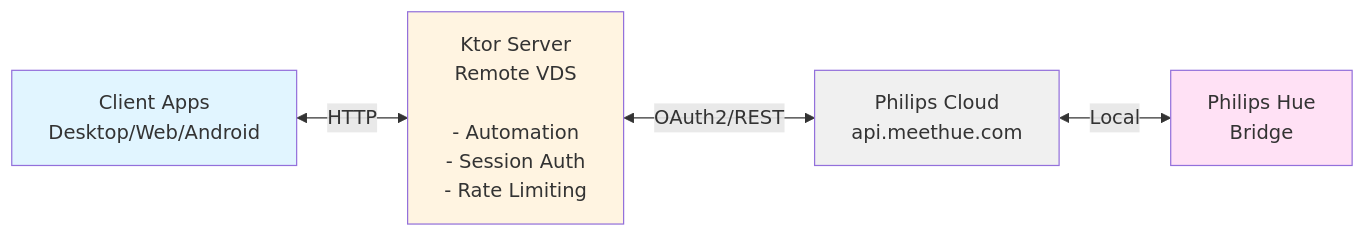
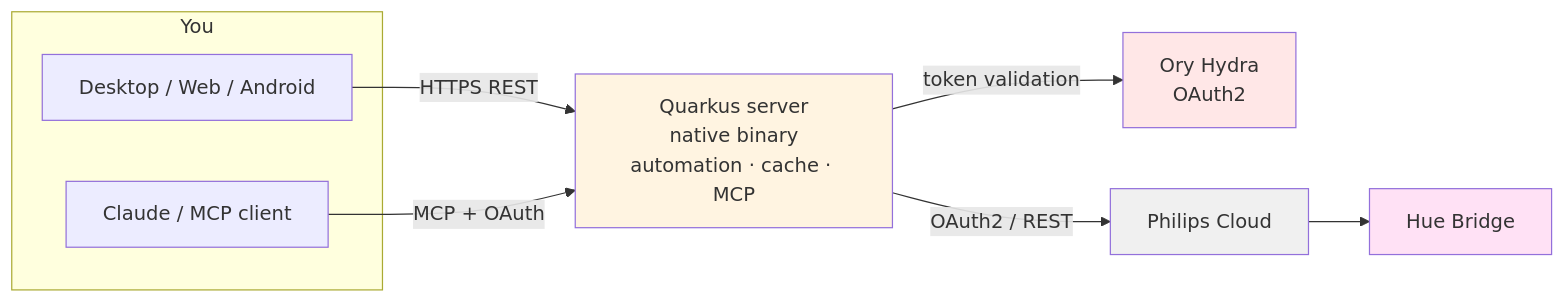
One commit to CommanderTvis/hue-manager changed the diagram in README.md. Above: the diagram before and after it, drawn with Mermaid. The commit also changed other lines of this file and 48 other files, not shown here.

First line of the commit message:
Migrate server to Quarkus + GraalVM native; JWT session auth

````diff
--- a/README.md
+++ b/README.md
@@ -15,16 +26,23 @@
 ```mermaid
 graph LR
-    Client[Client Apps<br/>Desktop/Web/Android]
-    Server[Ktor Server<br/>Remote VDS<br/><br/>- Automation<br/>- Session Auth<br/>- Rate Limiting]
-    Cloud[Philips Cloud<br/>api.meethue.com]
-    Bridge[Philips Hue<br/>Bridge]
+    subgraph You
+        UI[Desktop / Web / Android]
+        Claude[Claude / MCP client]
+    end
 
-    Client <-->|HTTP| Server
-    Server <-->|OAuth2/REST| Cloud
-    Cloud <-->|Local| Bridge
+    Server[Quarkus server<br/>native binary<br/>automation · cache · MCP]
+    Hydra[Ory Hydra<br/>OAuth2]
+    Cloud[Philips Cloud]
+    Bridge[Hue Bridge]
 
-    style Client fill:#e1f5ff
+    UI -->|HTTPS REST| Server
+    Claude -->|MCP + OAuth| Server
+    Server -->|token validation| Hydra
+    Server -->|OAuth2 / REST| Cloud
+    Cloud --> Bridge
+
     style Server fill:#fff4e1
+    style Hydra fill:#ffe7e7
     style Cloud fill:#f0f0f0
     style Bridge fill:#ffe1f5
 ```
````
